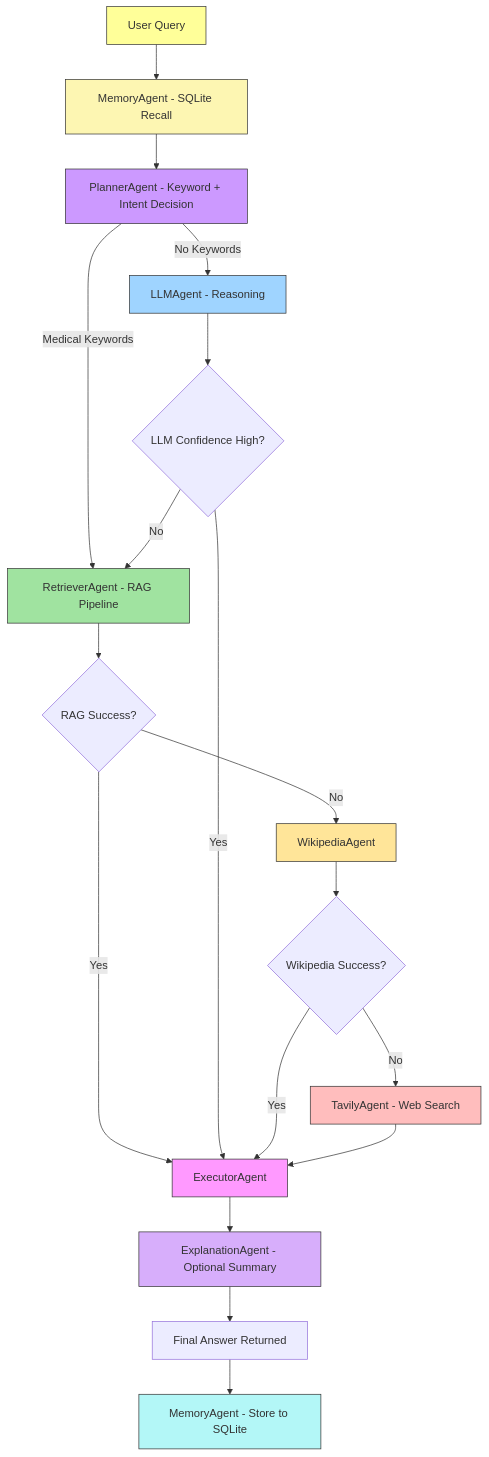
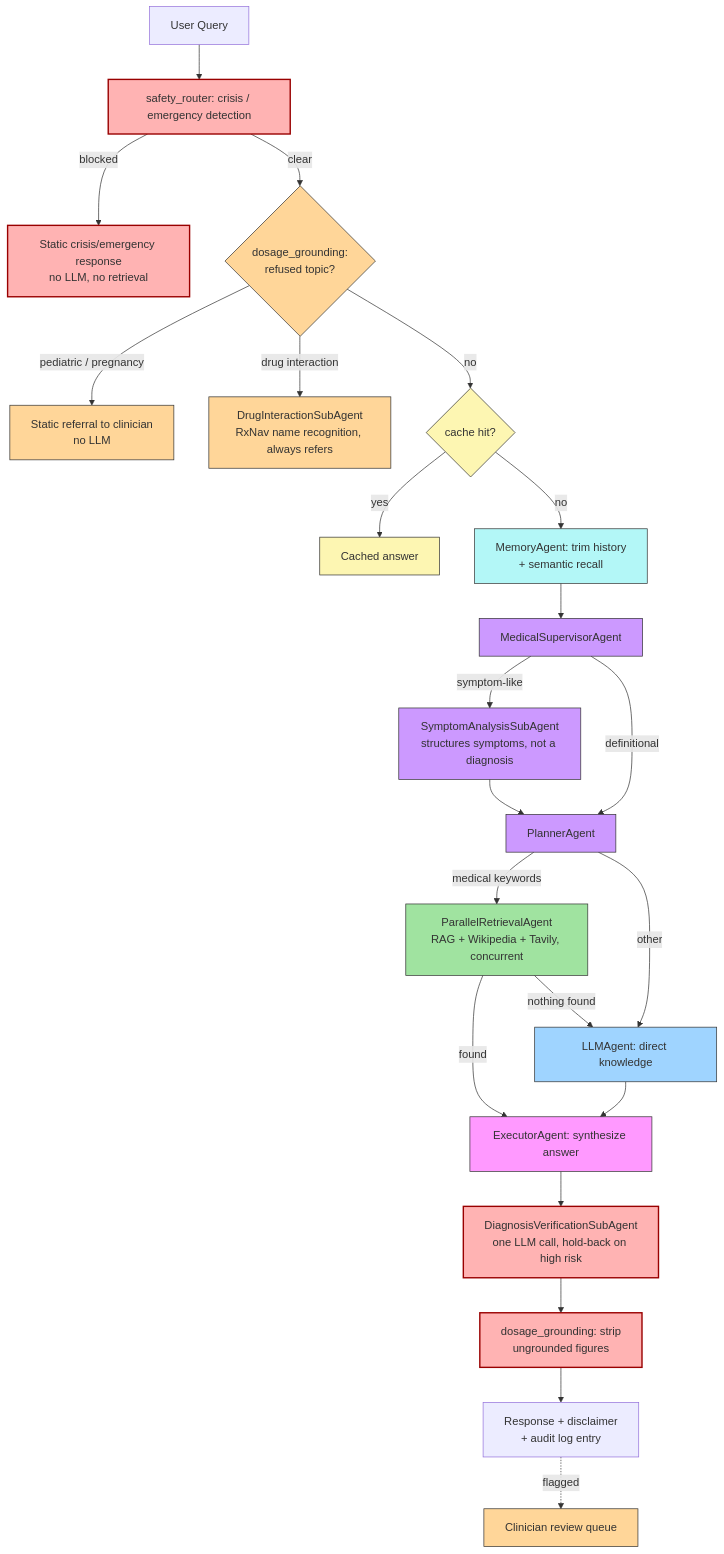
One commit to Md-Emon-Hasan/MediGenius changed the diagram in README.md. Above: the diagram before and after it, drawn with Mermaid. The commit also changed other lines of this file, not shown here.

````diff
--- a/README.md
+++ b/README.md
@@ -240,36 +322,42 @@
 ```mermaid
 graph TD
-    A[User Query] --> B[MemoryAgent - SQLite Recall]
-    B --> C[PlannerAgent - Keyword + Intent Decision]
+    A[User Query] --> S[safety_router: crisis / emergency detection]
+    S -->|blocked| SR[Static crisis/emergency response<br/>no LLM, no retrieval]
+    S -->|clear| RT{dosage_grounding:<br/>refused topic?}
+    RT -->|pediatric / pregnancy| REF[Static referral to clinician<br/>no LLM]
+    RT -->|drug interaction| DI[DrugInteractionSubAgent<br/>RxNav name recognition, always refers]
+    RT -->|no| CH{cache hit?}
+    CH -->|yes| CACHED[Cached answer]
+    CH -->|no| MEM[MemoryAgent: trim history<br/>+ semantic recall]
+    MEM --> SUP[MedicalSupervisorAgent]
+    SUP -->|symptom-like| SYM[SymptomAnalysisSubAgent<br/>structures symptoms, not a diagnosis]
+    SUP -->|definitional| PLN[PlannerAgent]
+    SYM --> PLN
+    PLN -->|medical keywords| PAR[ParallelRetrievalAgent<br/>RAG + Wikipedia + Tavily, concurrent]
+    PLN -->|other| LLM[LLMAgent: direct knowledge]
+    PAR -->|found| EXE[ExecutorAgent: synthesize answer]
+    PAR -->|nothing found| LLM
+    LLM --> EXE
+    EXE --> VER[DiagnosisVerificationSubAgent<br/>one LLM call, hold-back on high risk]
+    VER --> DG[dosage_grounding: strip<br/>ungrounded figures]
+    DG --> RESP[Response + disclaimer<br/>+ audit log entry]
+    RESP -.->|flagged| RQ[Clinician review queue]
 
-    C -->|Medical Keywords| D[RetrieverAgent - RAG Pipeline]
-    C -->|No Keywords| E[LLMAgent - Reasoning]
-
-    D --> F{RAG Success?}
-    F -->|Yes| G[ExecutorAgent]
-    F -->|No| H[WikipediaAgent]
-
-    E --> I{LLM Confidence High?}
-    I -->|Yes| G
-    I -->|No| D
-
-    H --> J{Wikipedia Success?}
-    J -->|Yes| G
-    J -->|No| K[TavilyAgent - Web Search]
-
-    K --> G
-    G --> L[ExplanationAgent - Optional Summary]
-    L --> M[Final Answer Returned]
-    M --> N[MemoryAgent - Store to SQLite]
-
-    style A fill:#ff9,stroke:#333
-    style B fill:#fdf6b2,stroke:#333
-    style C fill:#c9f,stroke:#333
-    style D fill:#a0e3a0,stroke:#333
-    style E fill:#9fd4ff,stroke:#333
-    style H fill:#ffe599,stroke:#333
-    style K fill:#ffbdbd,stroke:#333
-    style G fill:#f9f,stroke:#333
-    style L fill:#d7aefb,stroke:#333
-    style N fill:#b3f7f7,stroke:#333
+    style S fill:#ffb3b3,stroke:#900,stroke-width:2px
+    style SR fill:#ffb3b3,stroke:#900,stroke-width:2px
+    style RT fill:#ffd699,stroke:#333
+    style REF fill:#ffd699,stroke:#333
+    style DI fill:#ffd699,stroke:#333
+    style CH fill:#fdf6b2,stroke:#333
+    style CACHED fill:#fdf6b2,stroke:#333
+    style MEM fill:#b3f7f7,stroke:#333
+    style SUP fill:#c9f,stroke:#333
+    style SYM fill:#c9f,stroke:#333
+    style PLN fill:#c9f,stroke:#333
+    style PAR fill:#a0e3a0,stroke:#333
+    style LLM fill:#9fd4ff,stroke:#333
+    style EXE fill:#f9f,stroke:#333
+    style VER fill:#ffb3b3,stroke:#900,stroke-width:2px
+    style DG fill:#ffb3b3,stroke:#900,stroke-width:2px
+    style RQ fill:#ffd699,stroke:#333
 ```
````
